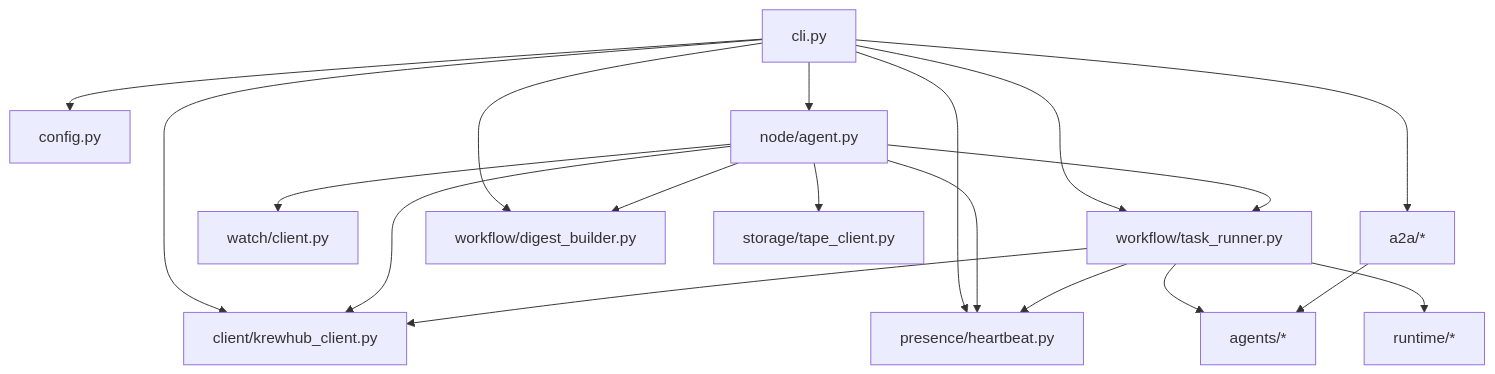
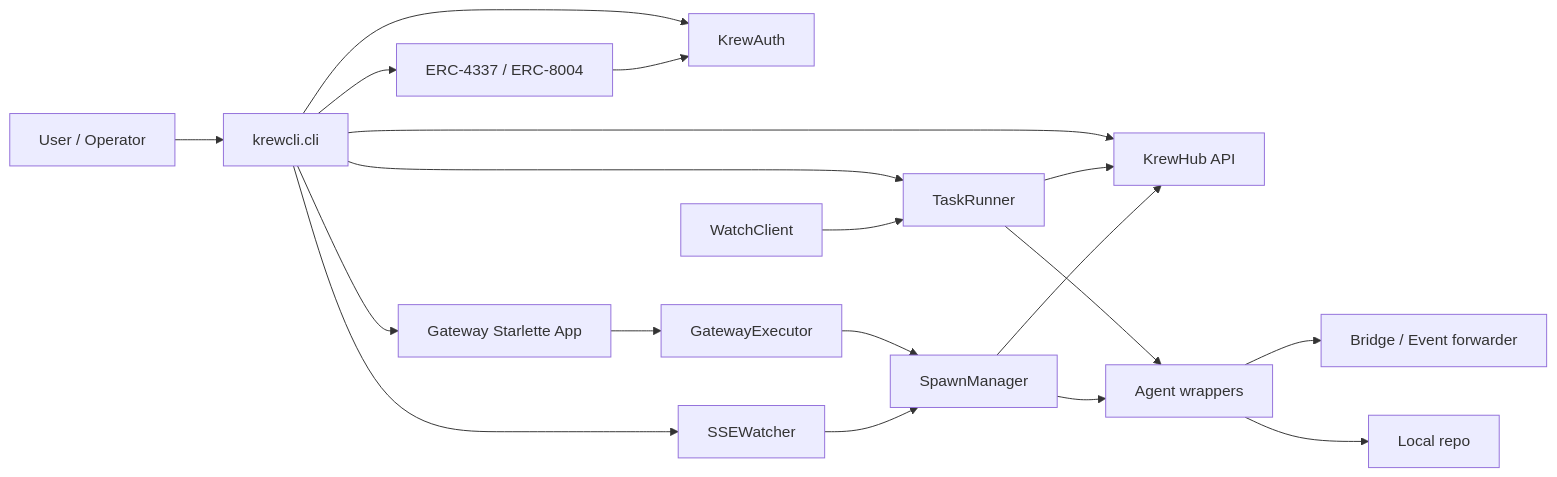
Before and after one commit to anvztor/krewcli: the first of 3 diagrams in docs/architecture.md, drawn with Mermaid. The commit also changed other lines of this file and 2 other files, not shown here.

First line of the commit message:
feat: Enhance A2A invocation handling with owner label and task management

````diff
--- a/docs/architecture.md
+++ b/docs/architecture.md
@@ -45,37 +84,37 @@
 ```mermaid
-flowchart TD
-    CLI[cli.py]
-    CFG[config.py]
-    A2A[a2a/*]
-    NODE[node/agent.py]
-    WATCH[watch/client.py]
-    PRES[presence/heartbeat.py]
-    FLOW[workflow/task_runner.py]
-    DIGEST[workflow/digest_builder.py]
-    RUNTIME[runtime/*]
-    AGENTS[agents/*]
-    HUB[client/krewhub_client.py]
-    STORE[storage/tape_client.py]
+flowchart LR
+    U[User / Operator]
+    CLI[krewcli.cli]
+    HUB[KrewHub API]
+    AUTH[KrewAuth]
+    SSE1[SSEWatcher]
+    SSE2[WatchClient]
+    GW[Gateway Starlette App]
+    EXEC[GatewayExecutor]
+    SPAWN[SpawnManager]
+    RUNNER[TaskRunner]
+    AGENTS[Agent wrappers]
+    BRIDGE[Bridge / Event forwarder]
+    REPO[Local repo]
+    CHAIN[ERC-4337 / ERC-8004]
 
-    CLI --> CFG
+    U --> CLI
     CLI --> HUB
-    CLI --> PRES
-    CLI --> FLOW
-    CLI --> DIGEST
-    CLI --> NODE
-    CLI --> A2A
+    CLI --> AUTH
+    CLI --> GW
+    CLI --> SSE1
+    CLI --> RUNNER
+    CLI --> CHAIN
 
-    NODE --> WATCH
-    NODE --> STORE
-    NODE --> PRES
-    NODE --> FLOW
-    NODE --> DIGEST
-    NODE --> HUB
-
-    FLOW --> HUB
-    FLOW --> PRES
-    FLOW --> AGENTS
-    FLOW --> RUNTIME
-
-    A2A --> AGENTS
+    GW --> EXEC
+    EXEC --> SPAWN
+    SSE1 --> SPAWN
+    RUNNER --> AGENTS
+    SPAWN --> AGENTS
+    AGENTS --> BRIDGE
+    AGENTS --> REPO
+    RUNNER --> HUB
+    SPAWN --> HUB
+    SSE2 --> RUNNER
+    CHAIN --> AUTH
 ```
````
